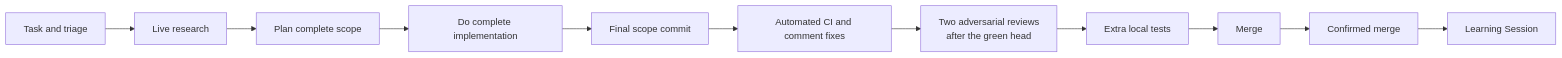
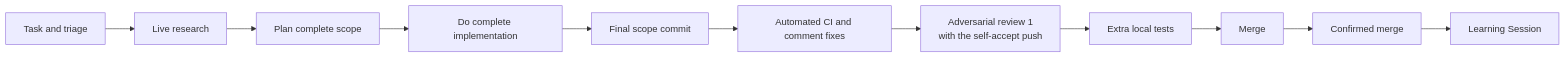
Before and after one commit to OmarElsheikh1/chaosengine-harness: the diagram in guides/overview.md, drawn with Mermaid. The commit also changed other lines of this file and 43 other files, not shown here.

````diff
--- a/guides/overview.md
+++ b/guides/overview.md
@@ -35,15 +36,15 @@
 ```mermaid
 flowchart LR
     accTitle: ChaosEngine delivery loop
     accDescr: A task moves through Plan, Do, Check, Act, delivery, and one durable learning decision without microstep loops.
     T[Task and triage] --> R[Live research]
     R --> P[Plan complete scope]
     P --> D[Do complete implementation]
     D --> F[Final scope commit]
     F --> A[Automated CI and comment fixes]
-    A --> X[Two adversarial reviews<br/>after the green head]
+    A --> X[Adversarial review 1<br/>with the self-accept push]
     X --> V[Extra local tests]
     V --> G[Merge]
     G --> M[Confirmed merge]
     M --> L[Learning Session]
 ```
````
